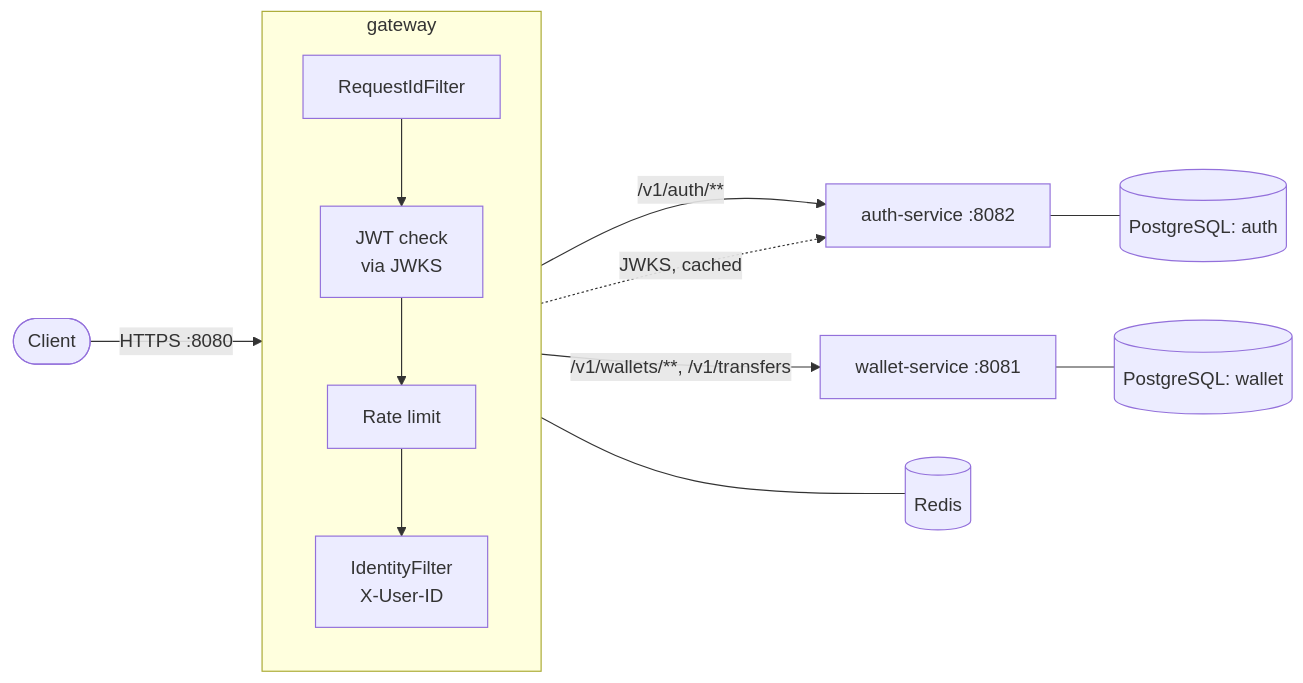
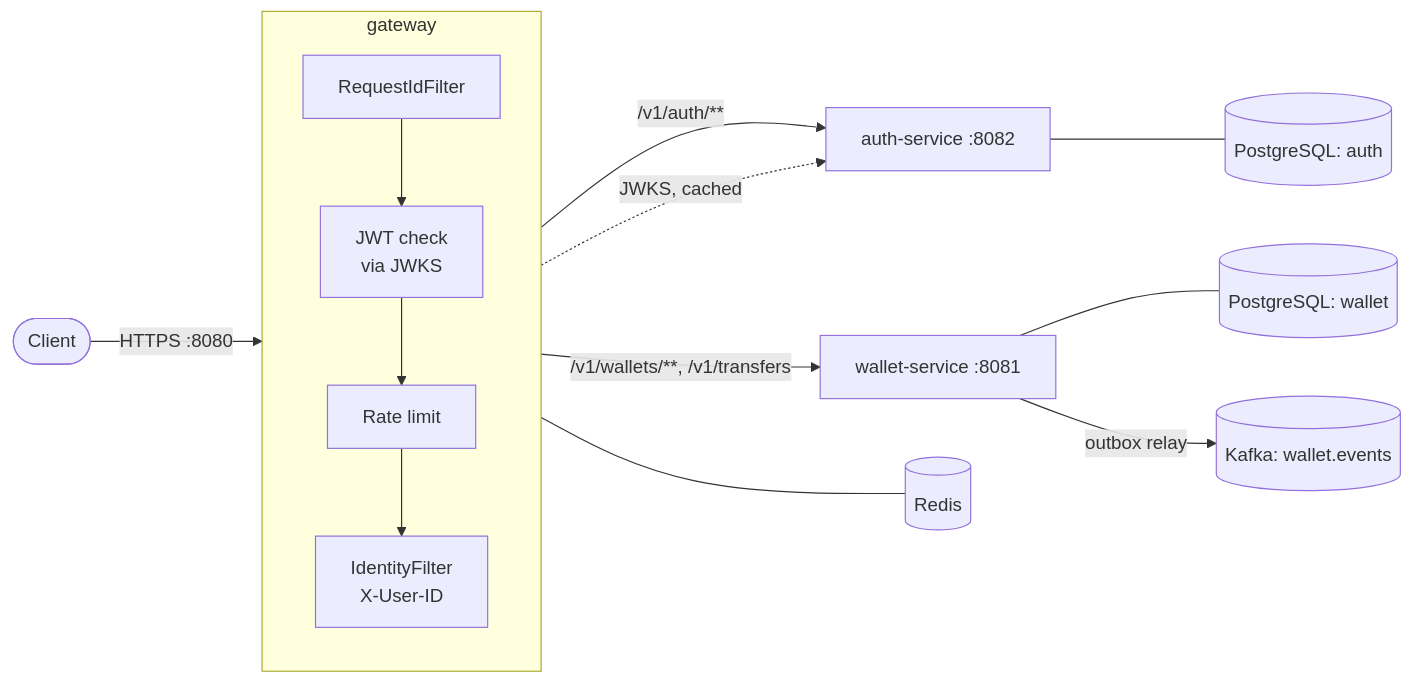
The first of 2 diagrams in docs/architecture.md (Aestheticsuraj234/payments-microservices-springboot), drawn with Mermaid before and after one commit. The commit also changed other lines of this file and 18 other files, not shown here.

First line of the commit message:
feat(wallet): events on Kafka through a transactional outbox

````diff
--- a/docs/architecture.md
+++ b/docs/architecture.md
@@ -10,15 +10,16 @@
 ```mermaid
 flowchart LR
     client([Client]) -->|HTTPS :8080| gw
     subgraph gw[gateway]
         direction TB
         rid[RequestIdFilter] --> sec[JWT check<br/>via JWKS]
         sec --> rl[Rate limit] --> idf[IdentityFilter<br/>X-User-ID]
     end
     gw -->|/v1/auth/**| auth[auth-service :8082]
     gw -->|/v1/wallets/**, /v1/transfers| wallet[wallet-service :8081]
     gw -. JWKS, cached .-> auth
     gw --- redis[(Redis)]
     auth --- adb[(PostgreSQL: auth)]
     wallet --- wdb[(PostgreSQL: wallet)]
+    wallet -->|outbox relay| kafka[(Kafka: wallet.events)]
 ```
````
